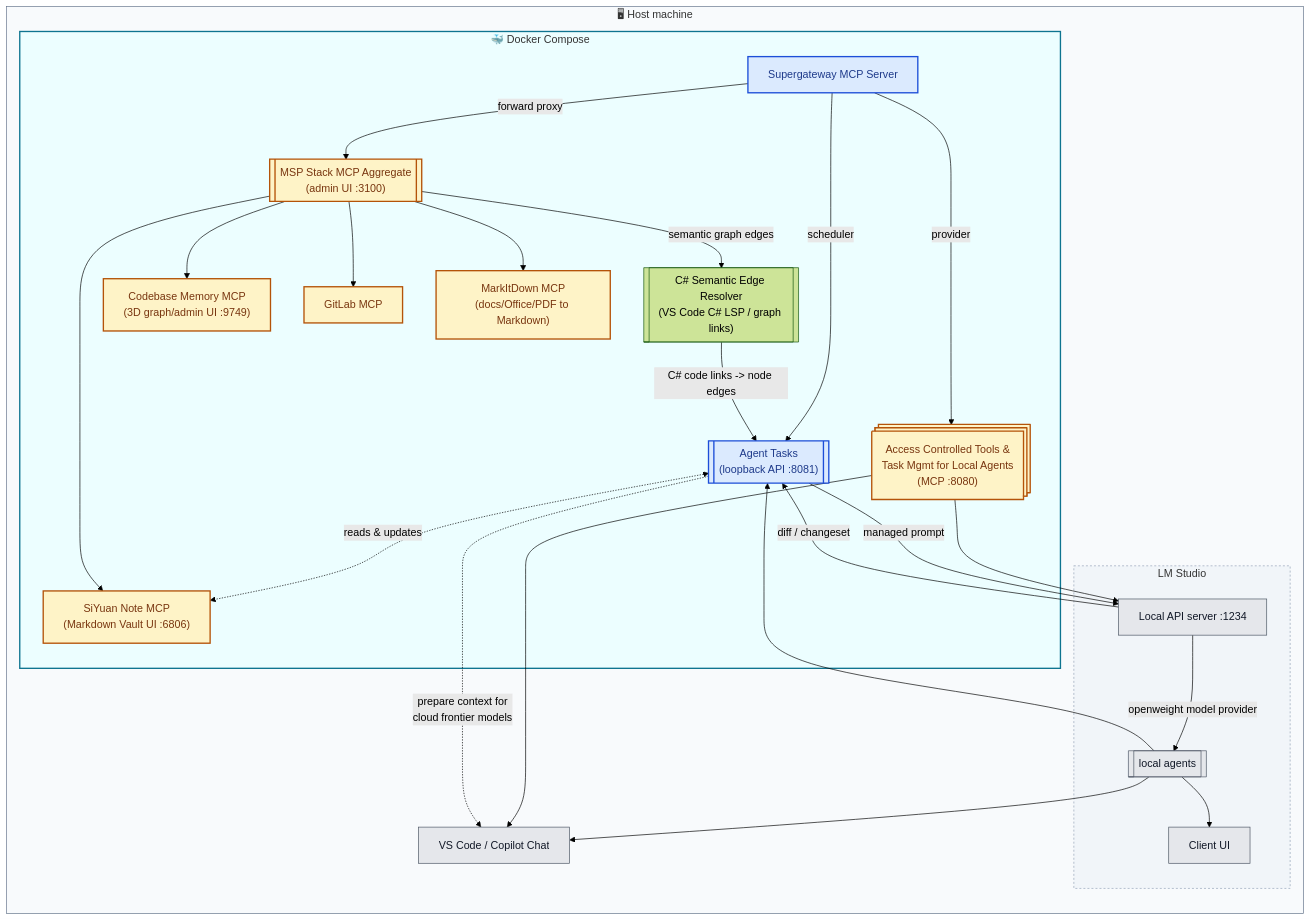
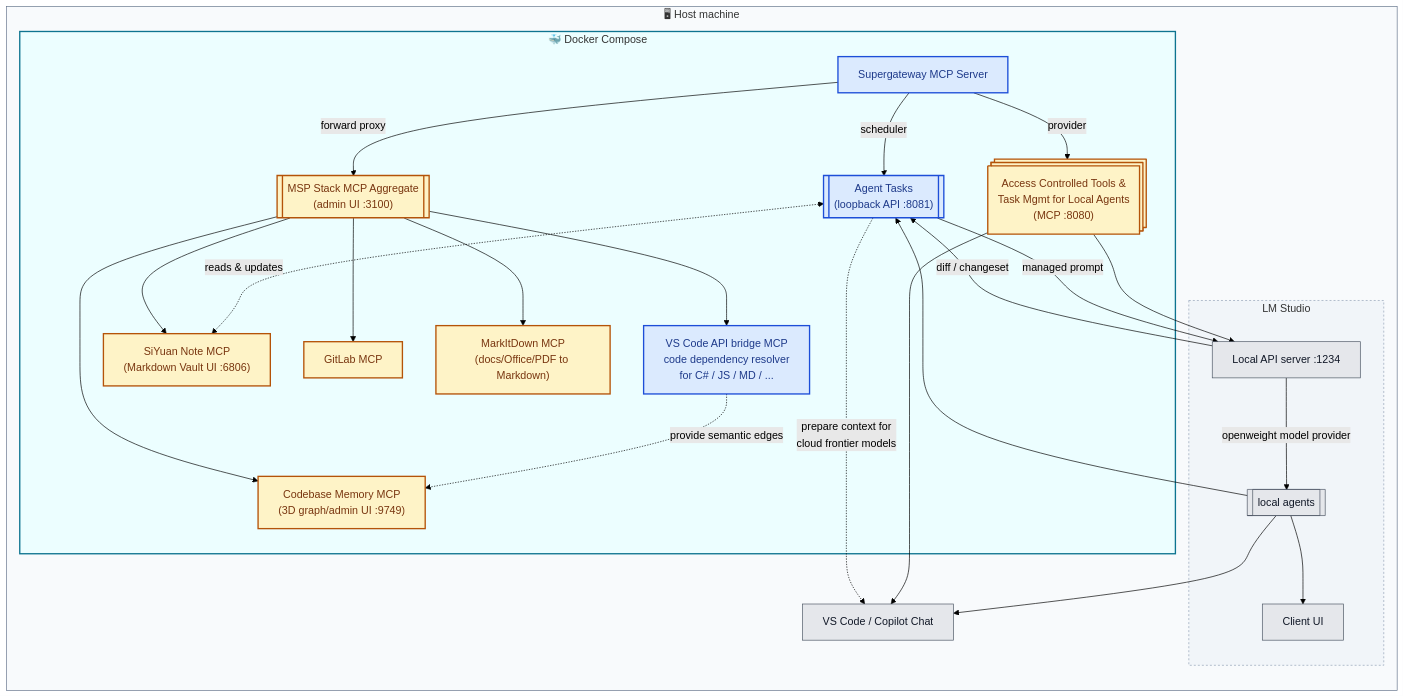
One commit to Flexi23/vscode-mcp-supergateway changed the diagram in README.md. Above: the diagram before and after it, drawn with Mermaid (forest theme). The commit also changed other lines of this file and 5 other files, not shown here.

Commit message:
feat: add C# semantic MCP bridge

````diff
--- a/README.md
+++ b/README.md
@@ -21,73 +21,74 @@
 ```mermaid
 graph LR
     subgraph Host["🖥 Host machine"]
         Copilot["VS Code / Copilot Chat"]
 
         subgraph LMStudio["LM Studio"]
           LMStudioServer["Local API server :1234"]
           LMStudioUI["Client UI"]
           LocalAgents@{ shape: subproc, label: "local agents" }
         end
 
         subgraph Docker["🐳 Docker Compose"]
             Supergateway["Supergateway MCP Server"]
 
             Proxy@{ shape: subproc, label: "MSP Stack MCP Aggregate<br/>(admin UI :3100)" }
-            EdgeResolver@{ shape: subproc, label: "C# Semantic Edge Resolver<br/>(VS Code C# LSP / graph links)" }
+            SemanticBridge["VS Code API bridge MCP<br/>code dependency resolver<br/>for C# / JS / MD / ..." ]
             Loopback@{ shape: subproc, label: "Agent Tasks<br/>(loopback API :8081)" }
             MCP@{ shape: processes, label: "Access Controlled Tools &<br/> Task Mgmt for Local Agents<br/>(MCP :8080)" }
 
+            GitLab["GitLab MCP"]
             SiYuanNote["SiYuan Note MCP<br/>(Markdown Vault UI :6806)"]
             CodebaseMemory["Codebase Memory MCP<br>(3D graph/admin UI :9749)"]
-            GitLab["GitLab MCP"]
             MarkItDown["MarkItDown MCP<br/>(docs/Office/PDF to Markdown)"]
         end
     end
 
     Supergateway --> |forward proxy| Proxy
     Supergateway --> |scheduler| Loopback
-    Proxy --> |semantic graph edges| EdgeResolver
-    EdgeResolver --> |C# code links -> node edges| Loopback
-    Loopback <-. reads & updates .-> SiYuanNote
+    SemanticBridge -. provide semantic edges .-> CodebaseMemory
     Supergateway --> |provider|MCP
 
     MCP --> Copilot
     MCP --> LMStudioServer
 
     LMStudioServer --> |openweight model provider| LocalAgents
     LMStudioServer --> |diff / changeset| Loopback
     Loopback --> |managed prompt| LMStudioServer
     Loopback -. prepare context for<br/> cloud frontier models .-> Copilot
+    Loopback <-. reads & updates .-> SiYuanNote
 
     LocalAgents --> Copilot
     LocalAgents --> Loopback
     LocalAgents --> LMStudioUI
 
     Proxy --> CodebaseMemory
     Proxy --> GitLab
     Proxy --> MarkItDown
     Proxy --> SiYuanNote
+    Proxy --> SemanticBridge
 
     click Supergateway "blob/main/src/gateway.ts" "Entry point: src/gateway.ts (main())"
+    click SemanticBridge "blob/main/src/csharpSemanticMcp.ts" "Entry point: src/csharpSemanticMcp.ts (semantic API bridge)"
     click Loopback "blob/main/src/server.ts" "Entry point: src/server.ts (startBackendServer)"
     click Proxy href "https://www.npmjs.com/package/@mspstack/mcp-gateway" "npm: @mspstack/mcp-gateway" _blank
     click MCP href "https://www.npmjs.com/package/@mspstack/mcp-gateway" "npm: @mspstack/mcp-gateway (RBAC & tool access)" _blank
     click SiYuanNote href "https://www.npmjs.com/package/siyuan-mcp" "npm: siyuan-mcp" _blank
     click CodebaseMemory href "https://www.npmjs.com/package/codebase-memory-mcp" "npm: codebase-memory-mcp" _blank
     click GitLab href "https://www.npmjs.com/package/@zereight/mcp-gitlab" "npm: @zereight/mcp-gitlab" _blank
     click MarkItDown href "https://pypi.org/project/markitdown-mcp/" "PyPI: markitdown-mcp" _blank
     click LMStudioServer href "https://lmstudio.ai/docs/app/api" "LM Studio local server docs" _blank
     click LMStudioUI href "https://lmstudio.ai/" "LM Studio" _blank
 
     classDef entryPoint fill:#dbeafe,stroke:#1d4ed8,stroke-width:2px,color:#1e3a8a;
     classDef thirdParty fill:#fef3c7,stroke:#b45309,stroke-width:2px,color:#78350f;
     classDef hostApp fill:#e5e7eb,stroke:#4b5563,stroke-width:1px,color:#111827;
 
-    class Supergateway,Loopback entryPoint;
+    class Supergateway,SemanticBridge,Loopback entryPoint;
     class Proxy,MCP,SiYuanNote,CodebaseMemory,GitLab,MarkItDown thirdParty;
     class Copilot,LMStudioServer,LMStudioUI,LocalAgents hostApp;
 
     style Host fill:#f8fafc,stroke:#64748b,stroke-width:1px
     style LMStudio fill:#f1f5f9,stroke:#94a3b8,stroke-width:1px,stroke-dasharray: 3 3
     style Docker fill:#ecfeff,stroke:#0e7490,stroke-width:2px
 ```
````
